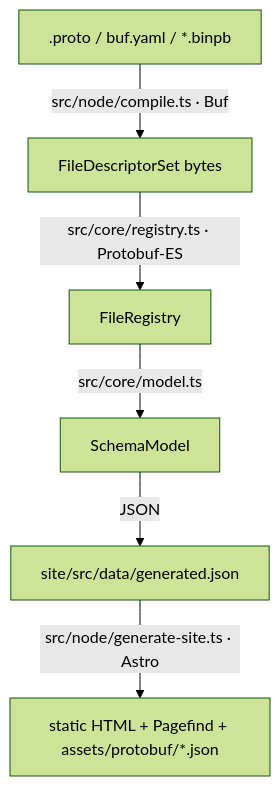
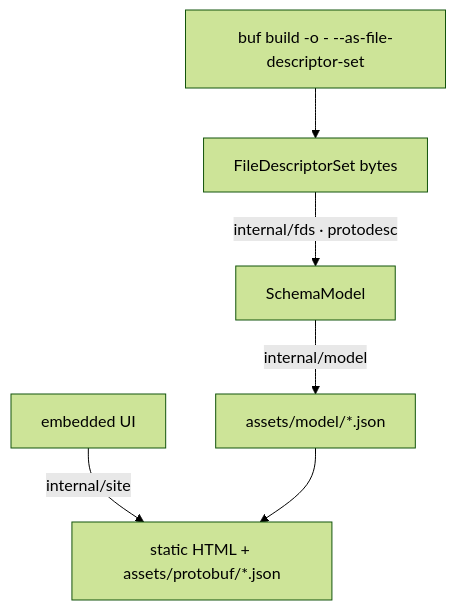
The diagram in AGENTS.md (ymmt2005/pbschema-lens), drawn with Mermaid (forest theme) before and after one commit. The commit also changed other lines of this file and 113 other files, not shown here.

````diff
--- a/AGENTS.md
+++ b/AGENTS.md
@@ -29,15 +36,15 @@
 ```mermaid
 flowchart TD
-  inputs[".proto / buf.yaml / *.binpb"]
+  buf["buf build -o - --as-file-descriptor-set"]
   fds["FileDescriptorSet bytes"]
-  registry["FileRegistry"]
   model["SchemaModel"]
-  json["site/src/data/generated.json"]
-  out["static HTML + Pagefind + assets/protobuf/*.json"]
+  json["assets/model/*.json"]
+  ui["embedded UI"]
+  out["static HTML + assets/protobuf/*.json"]
 
-  inputs -->|"src/node/compile.ts · Buf"| fds
-  fds -->|"src/core/registry.ts · Protobuf-ES"| registry
-  registry -->|"src/core/model.ts"| model
-  model -->|"JSON"| json
-  json -->|"src/node/generate-site.ts · Astro"| out
+  buf --> fds
+  fds -->|"internal/fds · protodesc"| model
+  model -->|"internal/model"| json
+  ui -->|"internal/site"| out
+  json --> out
 ```
````
